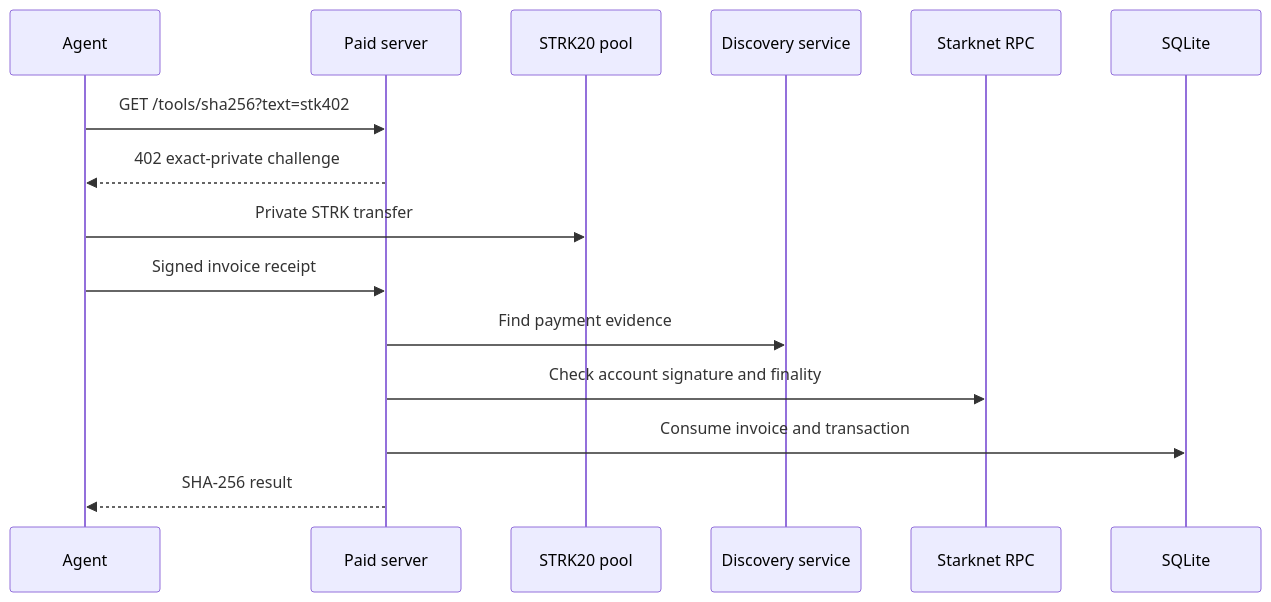
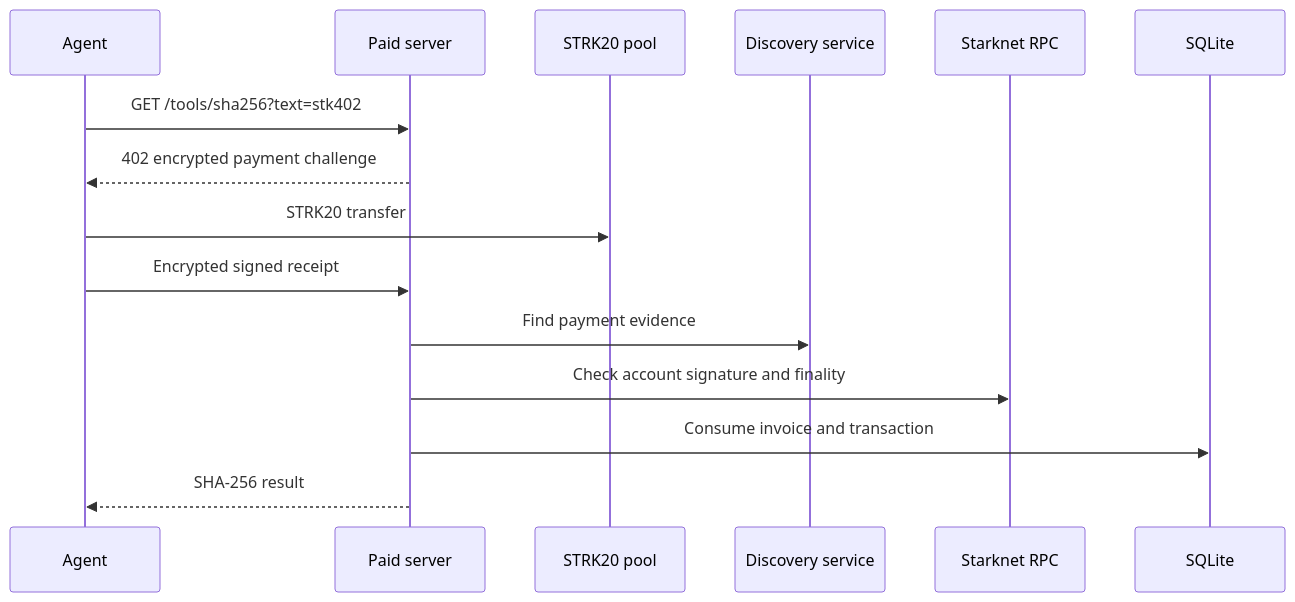
The diagram in README.md (Sarthib7/stk402), drawn with Mermaid before and after one commit. The commit also changed other lines of this file and 22 other files, not shown here.

````diff
--- a/README.md
+++ b/README.md
@@ -26,18 +34,18 @@
 ```mermaid
 sequenceDiagram
     participant A as Agent
     participant S as Paid server
     participant P as STRK20 pool
     participant D as Discovery service
     participant R as Starknet RPC
     participant L as SQLite
 
     A->>S: GET /tools/sha256?text=stk402
-    S-->>A: 402 exact-private challenge
-    A->>P: Private STRK transfer
-    A->>S: Signed invoice receipt
+    S-->>A: 402 encrypted payment challenge
+    A->>P: STRK20 transfer
+    A->>S: Encrypted signed receipt
     S->>D: Find payment evidence
     S->>R: Check account signature and finality
     S->>L: Consume invoice and transaction
     S-->>A: SHA-256 result
 ```
````
